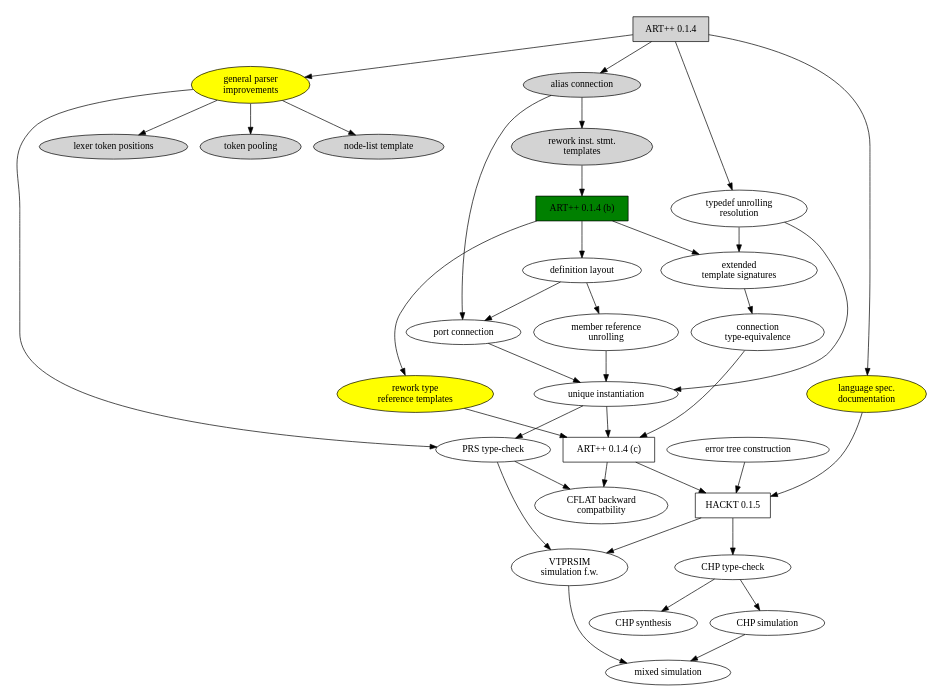
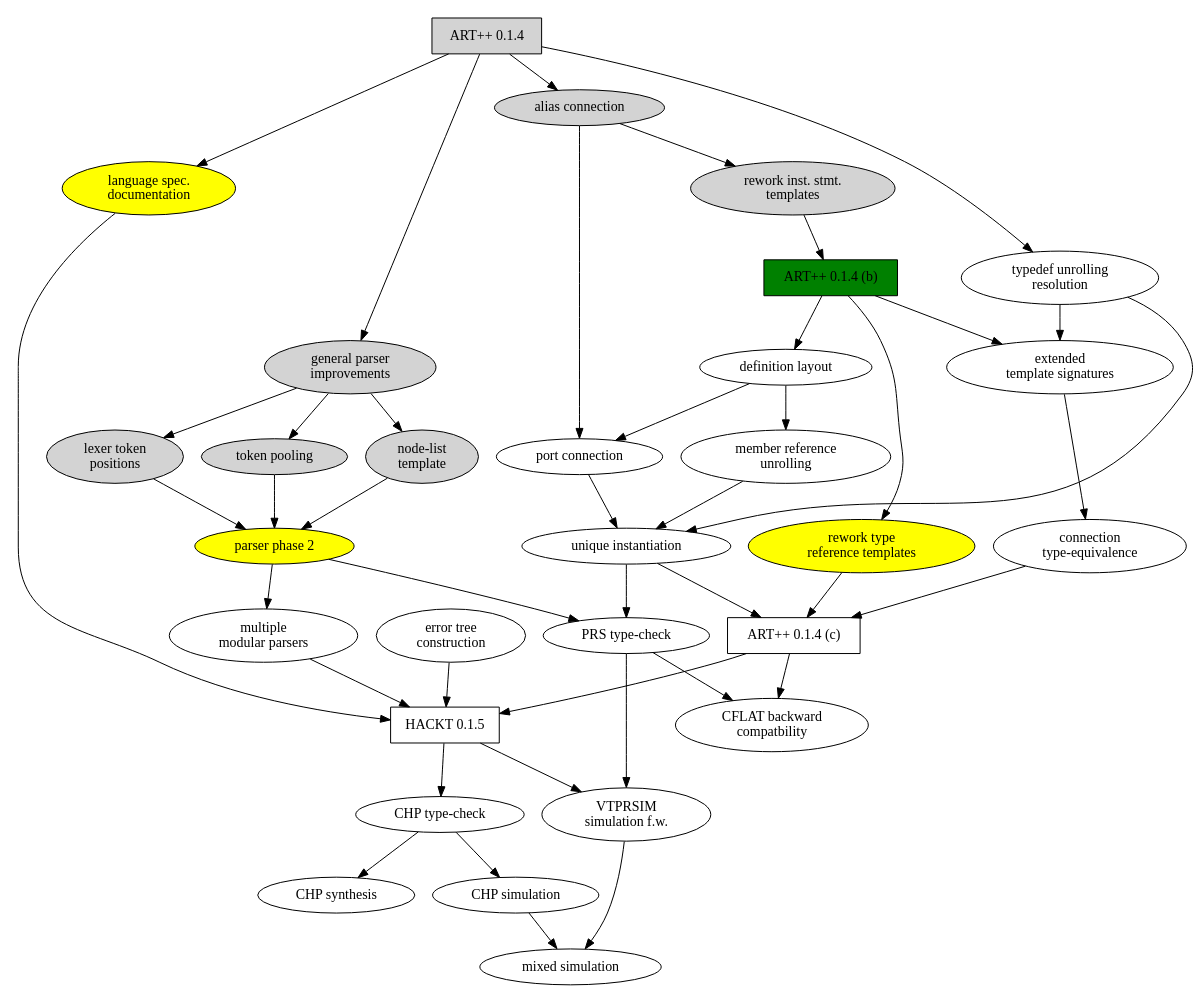
One commit to fangism/hackt changed the diagram in DevelopmentPlan.dot. Above: the diagram before and after it, drawn with Graphviz. The commit also changed 28 other files, not shown here.

First line of the commit message:
branch:	ARTXX-00-01-04-main-00-21-parser-02 rev:	ARTXX-00-01-04-main-00-21-parser-02-05

```diff
--- a/DevelopmentPlan.dot
+++ b/DevelopmentPlan.dot
@@ -1,83 +1,91 @@
 # "DevelopmentPlan.dot"
 
 digraph G {
-size="7,10";
+size="9,10";
 
 ARTXX_00_01_04		[shape=box, style=filled, label="ART++ 0.1.4"];
 ARTXX_00_01_04_b	[shape=box, style=filled, fillcolor=green, 
 				label="ART++ 0.1.4 (b)"];
 ARTXX_00_01_04_c	[shape=box, label="ART++ 0.1.4 (c)"];
 ARTXX_00_01_05		[shape=box, label="HACKT 0.1.5"];
 
 DOCS_00_01_04		[shape=ellipse, style=filled, fillcolor=yellow, 
 				label="language spec.\ndocumentation"];
-PARSER_00_01_04		[shape=ellipse, style=filled, fillcolor=yellow,
+PARSER_00_01_04		[shape=ellipse, style=filled, 
 				label="general parser\nimprovements"];
 LEX_00_01_04		[shape=ellipse, style=filled,
-				label="lexer token positions"];
+				label="lexer token\npositions"];
 TOKENPOOL_00_01_04	[shape=ellipse, style=filled, label="token pooling"];
-NODELIST_00_01_04	[shape=ellipse, style = filled, 
-				label="node-list template"];
+NODELIST_00_01_04	[shape=ellipse, style=filled, 
+				label="node-list\ntemplate"];
+PARSER_B_00_01_04	[shape=ellipse, style=filled, fillcolor=yellow,
+				label="parser phase 2"];
 UNIQUE_00_01_04		[shape=ellipse, label="unique instantiation"];
 ALIAS_00_01_04		[shape=ellipse, style=filled, label="alias connection"];
 PORT_00_01_04		[shape=ellipse, label="port connection"];
 MEMBER_00_01_04		[shape=ellipse, label="member reference\nunrolling"];
 TYPEDEF_00_01_04	[shape=ellipse, label="typedef unrolling\nresolution"];
 DEFLAYOUT_00_01_04	[shape=ellipse, label="definition layout"];
 INSTSTMT_00_01_04	[shape=ellipse, style=filled, 
 				label="rework inst. stmt.\ntemplates"];
 TYPEREF_00_01_04	[shape=ellipse, style=filled, fillcolor=yellow,
 				label="rework type\nreference templates"];
 EXTTEMPLATE_00_01_04	[shape=ellipse, label="extended\ntemplate signatures"];
 CONNECTEQ_00_01_04	[shape=ellipse, label="connection\ntype-equivalence"];
 CFLAT_00_01_04		[shape=ellipse, label="CFLAT backward\ncompatbility"];
 PRS_00_01_04		[shape=ellipse, label="PRS type-check"];
-ERRORTREE_00_01_04	[shape=ellipse, label="error tree construction"];
+ERRORTREE_00_01_04	[shape=ellipse, label="error tree\nconstruction"];
+MULTIPARSE_00_01_04	[shape=ellipse, label="multiple\nmodular parsers"];
 
 ARTXX_00_01_04 -> DOCS_00_01_04;
 ARTXX_00_01_04 -> PARSER_00_01_04;
 ARTXX_00_01_04 -> ALIAS_00_01_04;
 PARSER_00_01_04 -> LEX_00_01_04;
 PARSER_00_01_04 -> TOKENPOOL_00_01_04;
 PARSER_00_01_04 -> NODELIST_00_01_04;
+LEX_00_01_04 -> PARSER_B_00_01_04;
+TOKENPOOL_00_01_04 -> PARSER_B_00_01_04;
+NODELIST_00_01_04 -> PARSER_B_00_01_04;
 ALIAS_00_01_04 -> PORT_00_01_04;
 PORT_00_01_04 -> UNIQUE_00_01_04;
 MEMBER_00_01_04 -> UNIQUE_00_01_04;
 UNIQUE_00_01_04 -> ARTXX_00_01_04_c;
 ARTXX_00_01_04_b -> DEFLAYOUT_00_01_04;
 EXTTEMPLATE_00_01_04 -> CONNECTEQ_00_01_04;
 ARTXX_00_01_04 -> TYPEDEF_00_01_04;
 DEFLAYOUT_00_01_04 -> MEMBER_00_01_04;
 DEFLAYOUT_00_01_04 -> PORT_00_01_04;
 ALIAS_00_01_04 -> INSTSTMT_00_01_04;
 INSTSTMT_00_01_04 -> ARTXX_00_01_04_b;
 ARTXX_00_01_04_b -> EXTTEMPLATE_00_01_04;
 ARTXX_00_01_04_b -> TYPEREF_00_01_04;
 TYPEREF_00_01_04 -> ARTXX_00_01_04_c;
 TYPEDEF_00_01_04 -> UNIQUE_00_01_04;
 TYPEDEF_00_01_04 -> EXTTEMPLATE_00_01_04;
-PARSER_00_01_04 -> PRS_00_01_04;
+PARSER_B_00_01_04 -> PRS_00_01_04;
 UNIQUE_00_01_04 -> PRS_00_01_04;
 
 ARTXX_00_01_04_c -> ARTXX_00_01_05;
 PRS_00_01_04 -> CFLAT_00_01_04;
 ARTXX_00_01_04_c -> CFLAT_00_01_04;
 CONNECTEQ_00_01_04 -> ARTXX_00_01_04_c;
 DOCS_00_01_04 -> ARTXX_00_01_05;
 ERRORTREE_00_01_04 -> ARTXX_00_01_05;
+PARSER_B_00_01_04 -> MULTIPARSE_00_01_04;
+MULTIPARSE_00_01_04 -> ARTXX_00_01_05;
 
 CHP_00_01_05		[shape=ellipse, label="CHP type-check"];
 CHPSYNTH_00_01_05	[shape=ellipse, label="CHP synthesis"];
 CHPSIM_00_01_05		[shape=ellipse, label="CHP simulation"];
 VTPRSIM_00_01_05	[shape=ellipse, label="VTPRSIM\nsimulation f.w."];
 MIXSIM_00_01_05		[shape=ellipse, label="mixed simulation"];
 
 ARTXX_00_01_05 -> CHP_00_01_05;
 CHP_00_01_05 -> CHPSYNTH_00_01_05;
 CHP_00_01_05 -> CHPSIM_00_01_05;
 PRS_00_01_04 -> VTPRSIM_00_01_05;
 ARTXX_00_01_05 -> VTPRSIM_00_01_05;
 VTPRSIM_00_01_05 -> MIXSIM_00_01_05;
 CHPSIM_00_01_05 -> MIXSIM_00_01_05;
 
 }
```
